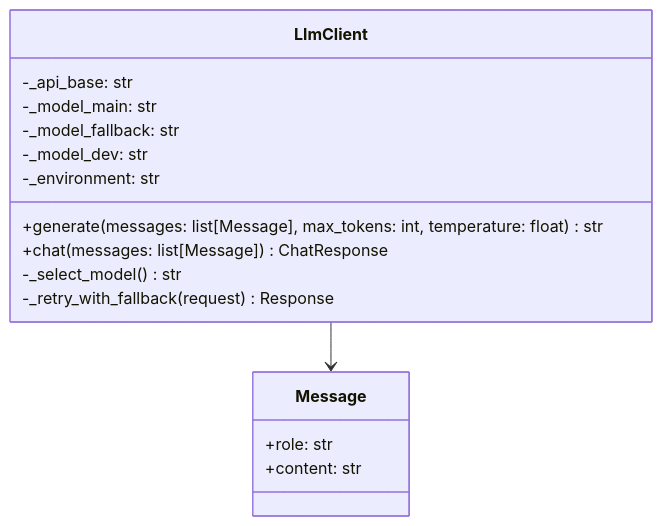
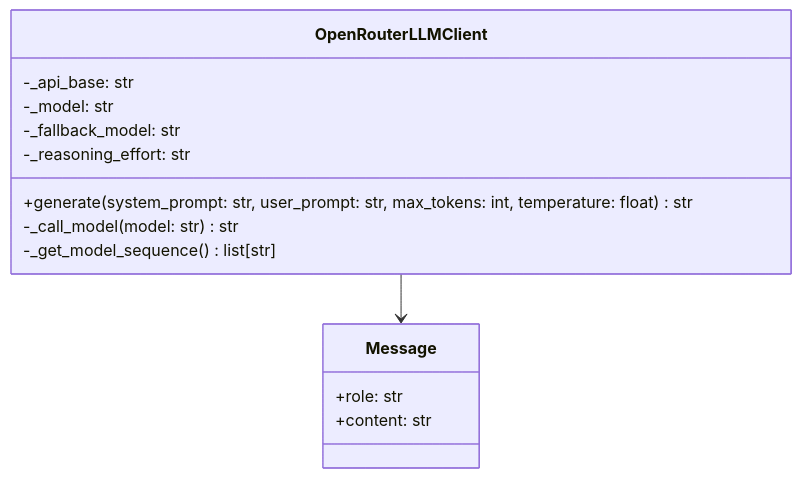
The fifth of 7 diagrams in docs/c4_level_4_code_ai_agent.md (trustmycode/MOEX-Agent-MCP), drawn with Mermaid before and after one commit. The commit also changed other lines of this file and 37 other files, not shown here.

First line of the commit message:
feat: перенести агента на OpenRouter

````diff
--- a/docs/c4_level_4_code_ai_agent.md
+++ b/docs/c4_level_4_code_ai_agent.md
@@ -278,21 +278,19 @@
 ```mermaid
 classDiagram
-    class LlmClient {
+    class OpenRouterLLMClient {
         -_api_base: str
-        -_model_main: str
-        -_model_fallback: str
-        -_model_dev: str
-        -_environment: str
-        +generate(messages: list[Message], max_tokens: int, temperature: float) str
-        +chat(messages: list[Message]) ChatResponse
-        -_select_model() str
-        -_retry_with_fallback(request) Response
+        -_model: str
+        -_fallback_model: str
+        -_reasoning_effort: str
+        +generate(system_prompt: str, user_prompt: str, max_tokens: int, temperature: float) str
+        -_call_model(model: str) str
+        -_get_model_sequence() list[str]
     }
 
     class Message {
         +role: str
         +content: str
     }
 
-    LlmClient --> Message
+    OpenRouterLLMClient --> Message
 ```
````
